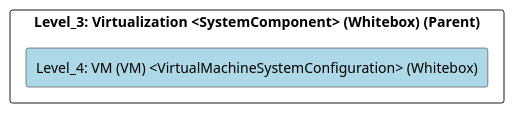
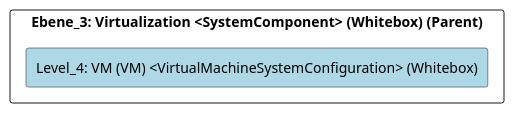
The diagram in src/cleon.architecturemethods.arc42.sample/doc/cleon_architecturemethods_arc42_sample_system/adoc/en/05_building_block_view/ikt/infrastruture/virtualization/vm/level_4_vm.adoc (marcozwyssig/cleon), drawn with PlantUML before and after one commit. The commit also changed other lines of this file and 620 other files, not shown here.

```diff
--- a/src/cleon.architecturemethods.arc42.sample/doc/cleon_architecturemethods_arc42_sample_system/adoc/en/05_building_block_view/ikt/infrastruture/virtualization/vm/level_4_vm.adoc
+++ b/src/cleon.architecturemethods.arc42.sample/doc/cleon_architecturemethods_arc42_sample_system/adoc/en/05_building_block_view/ikt/infrastruture/virtualization/vm/level_4_vm.adoc
@@ -20,24 +20,24 @@
 [plantuml, Level_4: VM (VM) <VirtualMachineSystemConfiguration> (Whitebox)BlockOverview, format="svg"]
 ----
 @startuml Level_4: VM (VM) <VirtualMachineSystemConfiguration> (Whitebox)BuildingBlockOverview
 
 skinparam ranksep 10
 skinparam componentStyle rectangle
 skinparam shadowing false
 skinparam arrowColor lightblue
 skinparam arrowThickness 1.2
 skinparam rectangle {
   BackgroundColor White
   BorderColor #333
   RoundCorner 10
 }
 top to bottom direction
 
-component "Level_3: Virtualization <SystemComponent> (Whitebox) (Parent)" {
+component "Ebene_3: Virtualization <SystemComponent> (Whitebox) (Parent)" {
     component "Level_4: VM (VM) <VirtualMachineSystemConfiguration> (Whitebox)" #lightblue {
     }
 
 }
 
 @enduml
 ----
```
